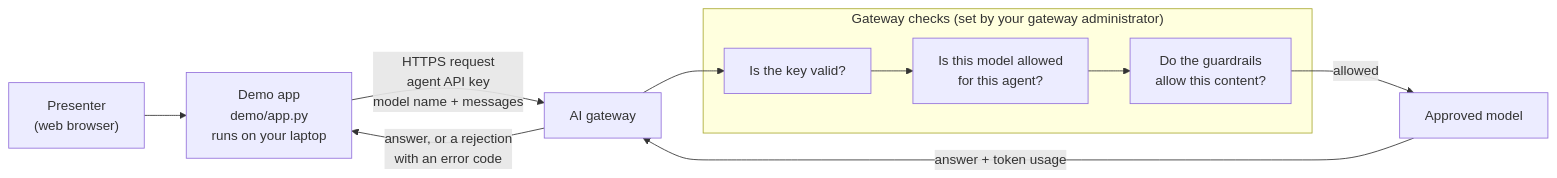
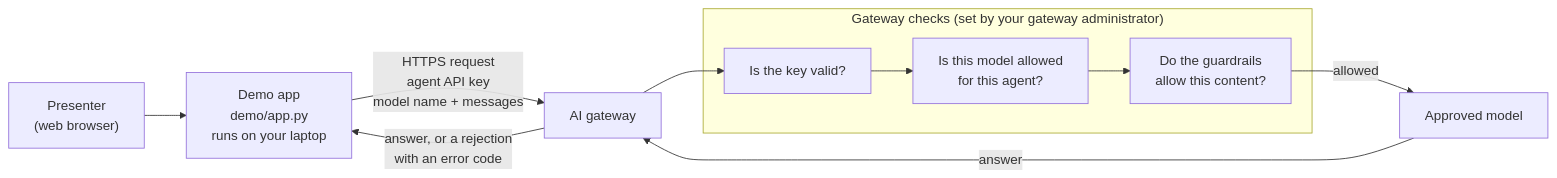
The diagram in architecture/README.md (cruzbuilds/basic-chat-demo), drawn with Mermaid before and after one commit. The commit also changed other lines of this file and 3 other files, not shown here.

````diff
--- a/architecture/README.md
+++ b/architecture/README.md
@@ -5,15 +5,15 @@
 ```mermaid
 flowchart LR
     U["Presenter<br/>(web browser)"] --> A["Demo app<br/>demo/app.py<br/>runs on your laptop"]
     A -- "HTTPS request<br/>agent API key<br/>model name + messages" --> G["AI gateway"]
 
     subgraph G2 ["Gateway checks (set by your gateway administrator)"]
         K["Is the key valid?"] --> P["Is this model allowed<br/>for this agent?"]
         P --> R["Do the guardrails<br/>allow this content?"]
     end
 
     G --> K
     R -- "allowed" --> M["Approved model"]
-    M -- "answer + token usage" --> G
+    M -- "answer" --> G
     G -- "answer, or a rejection<br/>with an error code" --> A
 ```
````
